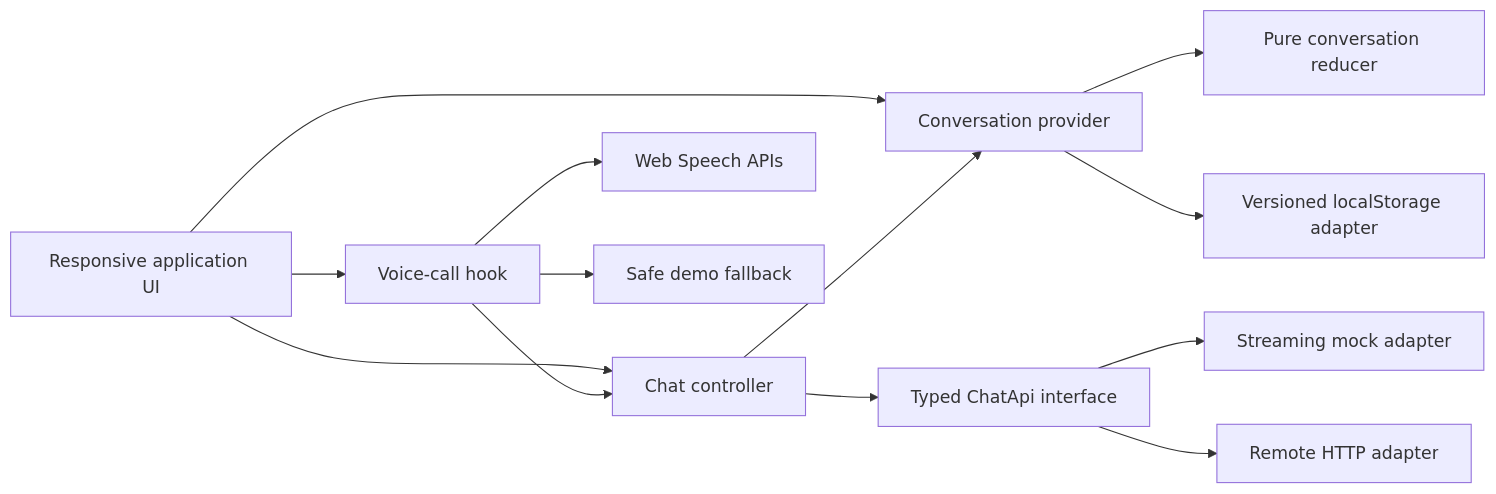
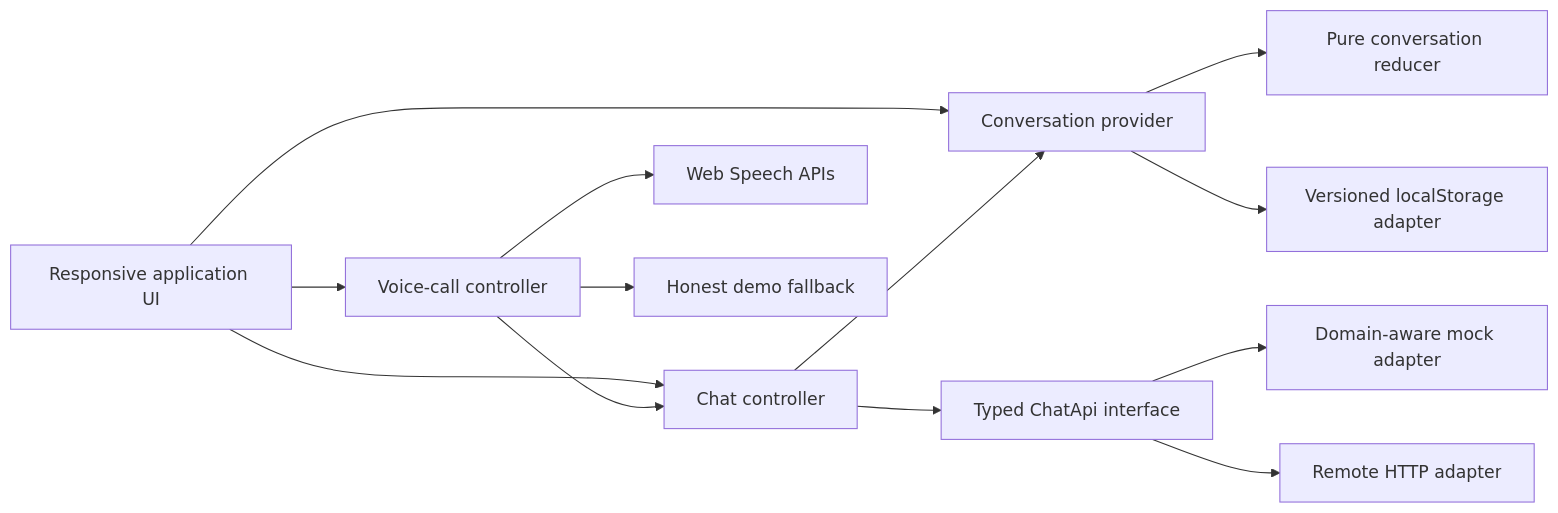
Before and after one commit to DamriaNeelesh/Synthio-Assignment: the first of 2 diagrams in docs/architecture.md, drawn with Mermaid. The commit also changed other lines of this file and 41 other files, not shown here.

````diff
--- a/docs/architecture.md
+++ b/docs/architecture.md
@@ -9,27 +9,27 @@
 ```mermaid
 flowchart LR
   UI["Responsive application UI"]
   CP["Conversation provider"]
   R["Pure conversation reducer"]
   LS["Versioned localStorage adapter"]
   CHAT["Chat controller"]
   API["Typed ChatApi interface"]
-  MOCK["Streaming mock adapter"]
+  MOCK["Domain-aware mock adapter"]
   REMOTE["Remote HTTP adapter"]
-  VOICE["Voice-call hook"]
+  VOICE["Voice-call controller"]
   WEB["Web Speech APIs"]
-  DEMO["Safe demo fallback"]
+  DEMO["Honest demo fallback"]
 
   UI --> CP
   CP --> R
   CP --> LS
   UI --> CHAT
   CHAT --> API
   API --> MOCK
   API --> REMOTE
   UI --> VOICE
   VOICE --> WEB
   VOICE --> DEMO
   CHAT --> CP
   VOICE --> CHAT
 ```
````
